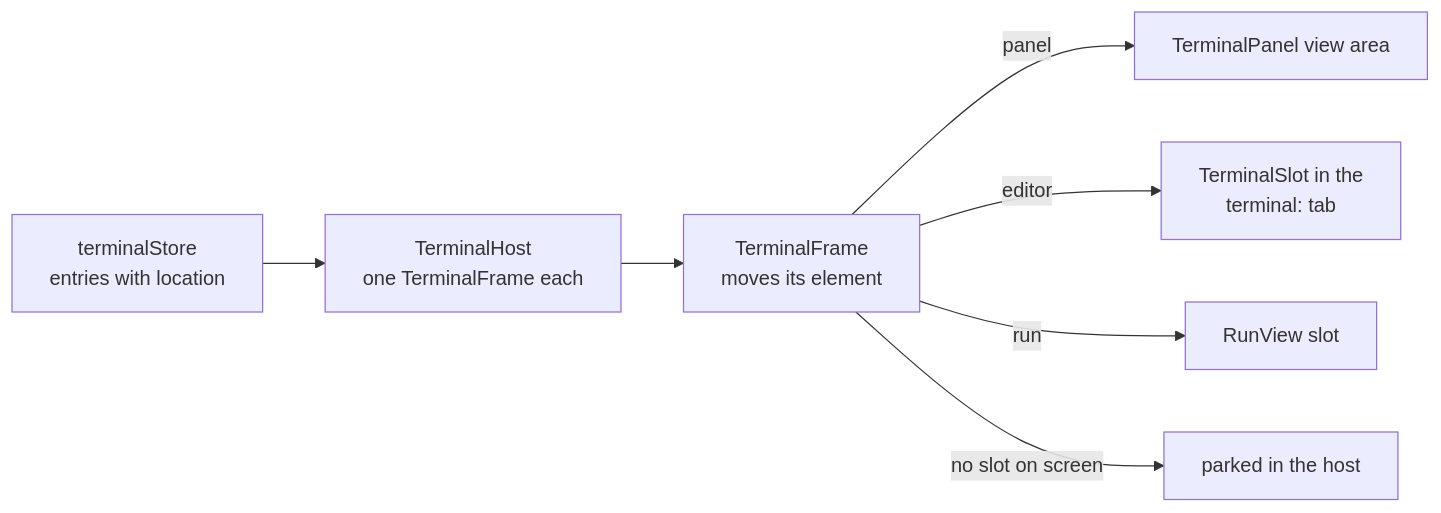
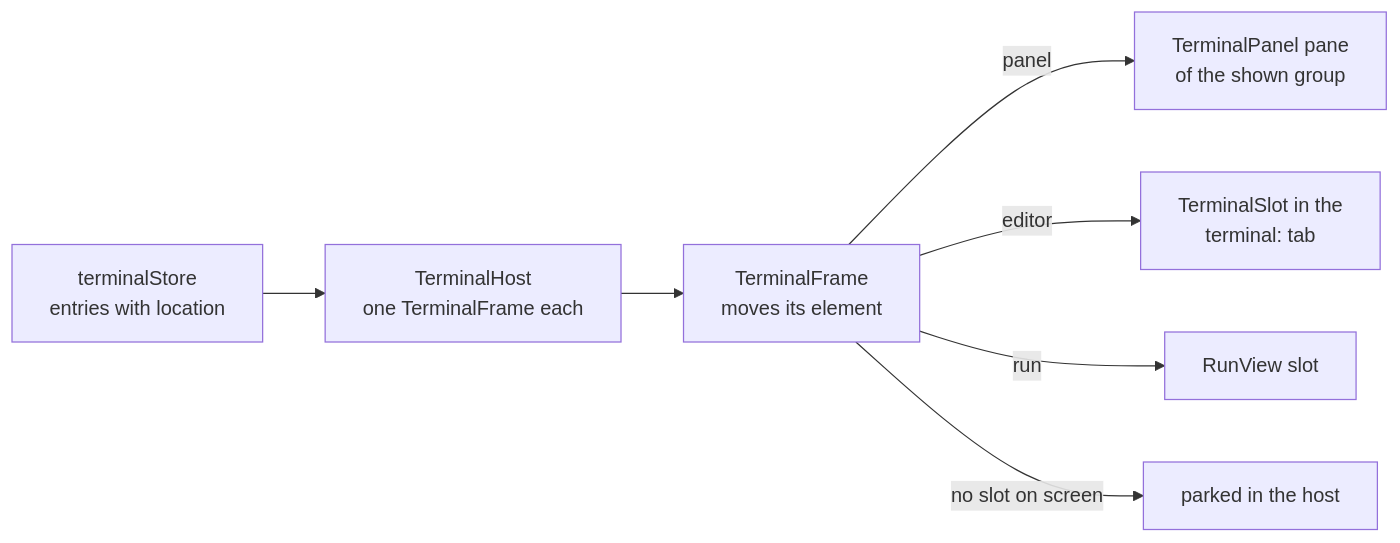
Before and after one commit to shibbirweb/git-manager: the second of 2 diagrams in docs/wiki/developer/How-the-Terminal-Works.md, drawn with Mermaid. The commit also changed other lines of this file and 55 other files, not shown here.

````diff
--- a/docs/wiki/developer/How-the-Terminal-Works.md
+++ b/docs/wiki/developer/How-the-Terminal-Works.md
@@ -52,9 +52,9 @@
 ```mermaid
 flowchart LR
   Store["terminalStore<br/>entries with location"] --> Host["TerminalHost<br/>one TerminalFrame each"]
   Host --> Frame["TerminalFrame<br/>moves its element"]
-  Frame -->|"panel"| Panel["TerminalPanel view area"]
+  Frame -->|"panel"| Panel["TerminalPanel pane<br/>of the shown group"]
   Frame -->|"editor"| Tab["TerminalSlot in the<br/>terminal: tab"]
   Frame -->|"run"| Run["RunView slot"]
   Frame -->|"no slot on screen"| Parked["parked in the host"]
 ```
````
